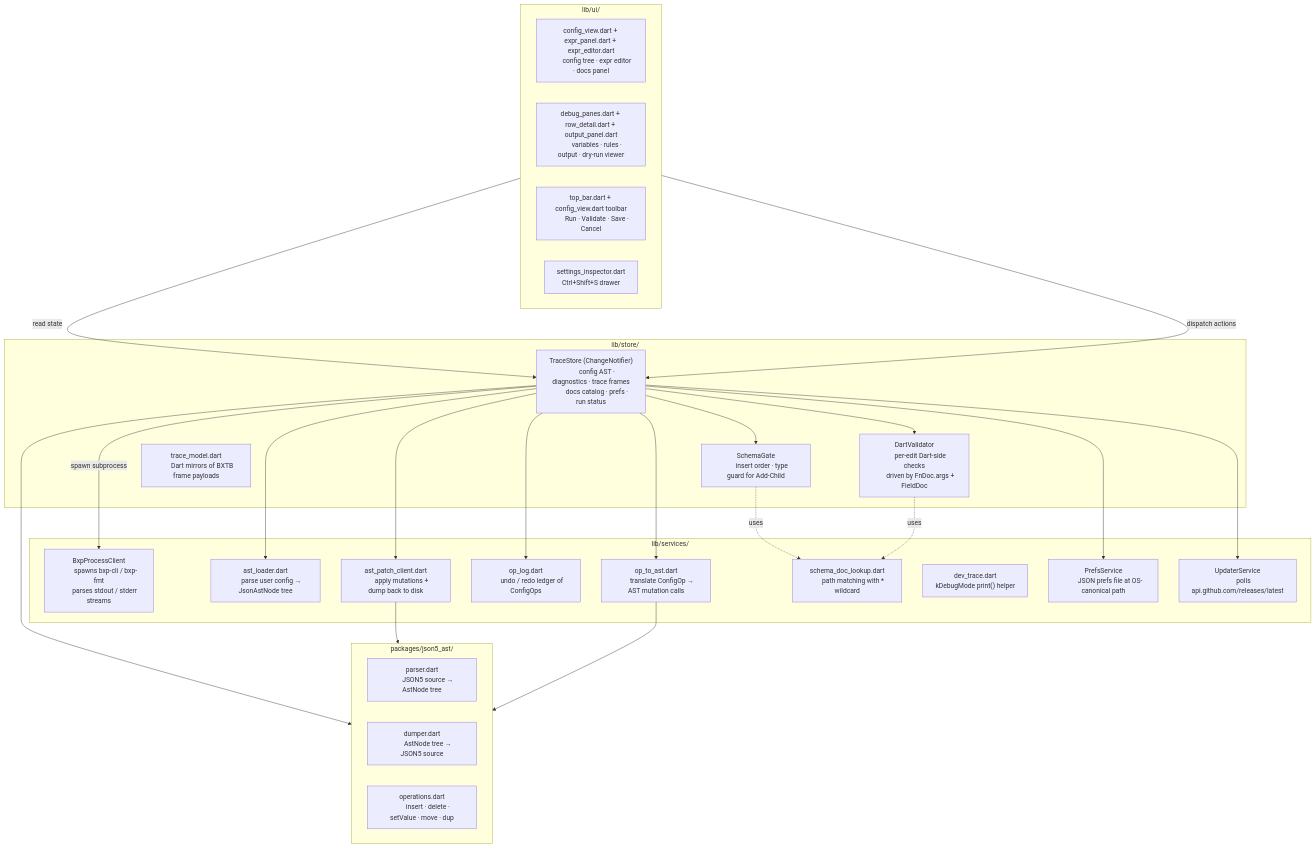
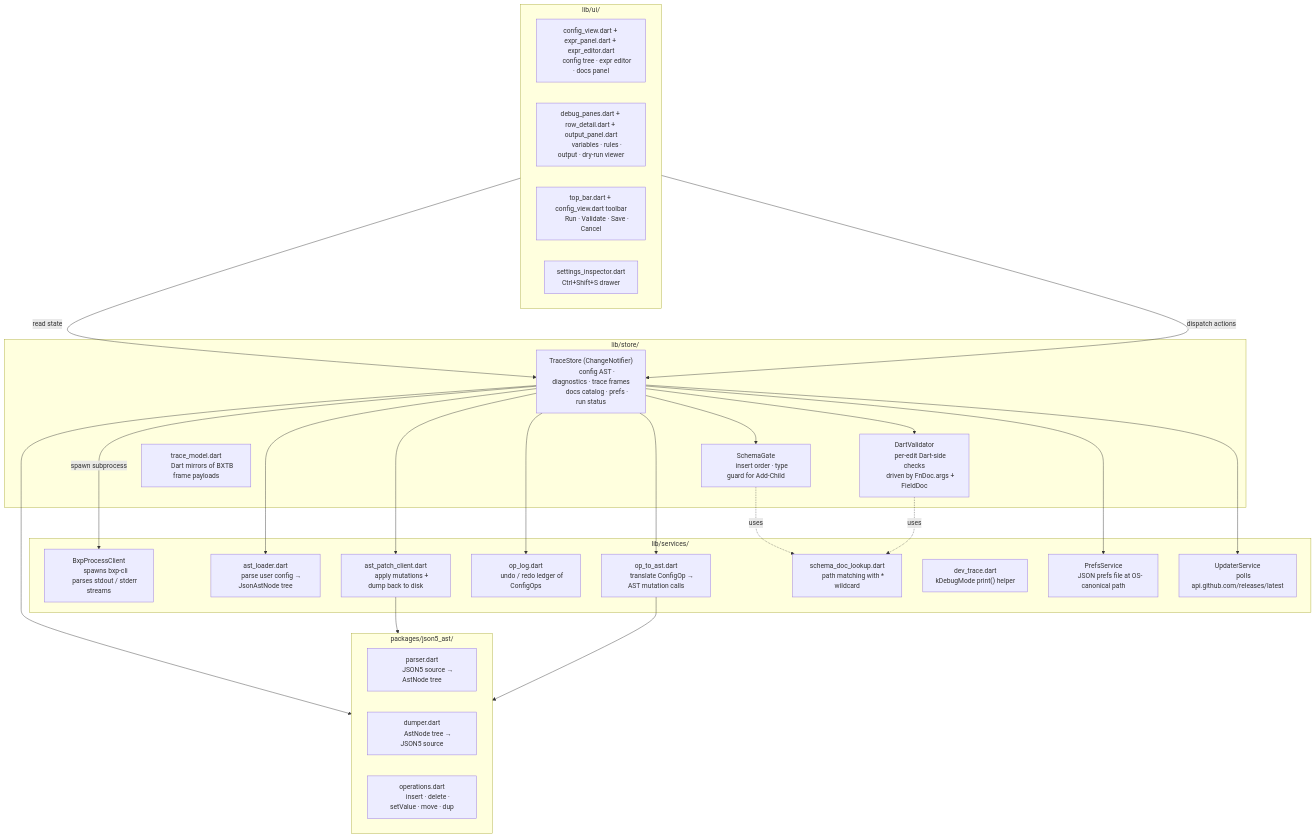
One commit to zaxified/bxp changed the seventh of 17 diagrams in docs/architecture.md. Above: the diagram before and after it, drawn with Mermaid. The commit also changed other lines of this file and 7 other files, not shown here.

First line of the commit message:
docs: rewrite developer + user docs off bxp-fmt onto inspect/mcp/bridge

````diff
--- a/docs/architecture.md
+++ b/docs/architecture.md
@@ -533,74 +533,74 @@
 ```mermaid
 graph TD
     subgraph UI["lib/ui/"]
         EDP["config_view.dart + expr_panel.dart + expr_editor.dart
         config tree · expr editor · docs panel"]
         TRP["debug_panes.dart + row_detail.dart + output_panel.dart
         variables · rules · output · dry-run viewer"]
         TLB["top_bar.dart + config_view.dart toolbar
         Run · Validate · Save · Cancel"]
         STG["settings_inspector.dart
         Ctrl+Shift+S drawer"]
     end
 
     subgraph STORE["lib/store/"]
         TS["TraceStore (ChangeNotifier)
         config AST · diagnostics · trace frames
         docs catalog · prefs · run status"]
         SG["SchemaGate
         insert order · type guard for Add-Child"]
         DV["DartValidator
         per-edit Dart-side checks
         driven by FnDoc.args + FieldDoc"]
         TM["trace_model.dart
         Dart mirrors of BXTB frame payloads"]
     end
 
     subgraph SVC["lib/services/"]
         BPC["BxpProcessClient
-        spawns bxp-cli / bxp-fmt
+        spawns bxp-cli
         parses stdout / stderr streams"]
         ASTL["ast_loader.dart
         parse user config → JsonAstNode tree"]
         ASTP["ast_patch_client.dart
         apply mutations + dump back to disk"]
         OPL["op_log.dart
         undo / redo ledger of ConfigOps"]
         OP2A["op_to_ast.dart
         translate ConfigOp → AST mutation calls"]
         SDL["schema_doc_lookup.dart
         path matching with * wildcard"]
         DT["dev_trace.dart
         kDebugMode print() helper"]
         PS["PrefsService
         JSON prefs file at OS-canonical path"]
         UPD["UpdaterService
         polls api.github.com/releases/latest"]
     end
 
     subgraph AST["packages/json5_ast/"]
         JP["parser.dart
         JSON5 source → AstNode tree"]
         JD["dumper.dart
         AstNode tree → JSON5 source"]
         JO["operations.dart
         insert · delete · setValue · move · dup"]
     end
 
     UI -->|read state| TS
     UI -->|dispatch actions| TS
     TS --> SG
     TS --> DV
     TS --> AST
     TS -->|spawn subprocess| BPC
     TS --> ASTL
     TS --> ASTP
     TS --> OPL
     TS --> OP2A
     TS --> PS
     TS --> UPD
     SG -.uses.-> SDL
     DV -.uses.-> SDL
     ASTP --> AST
     OP2A --> AST
 ```
````
